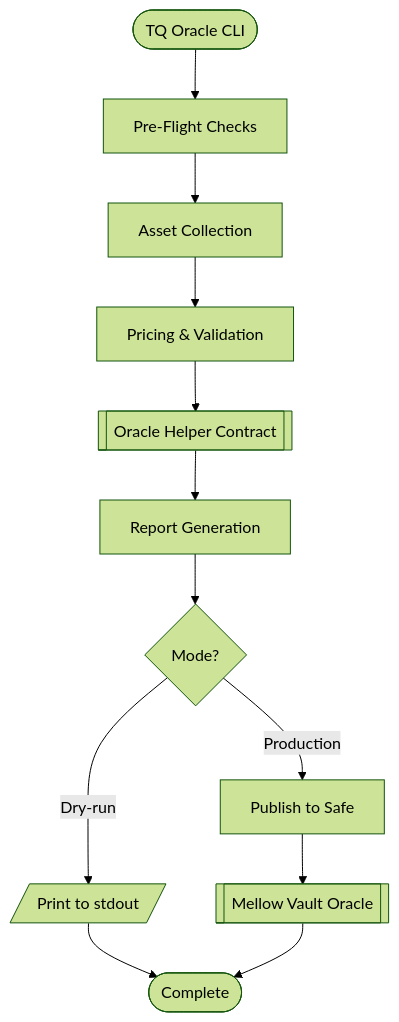
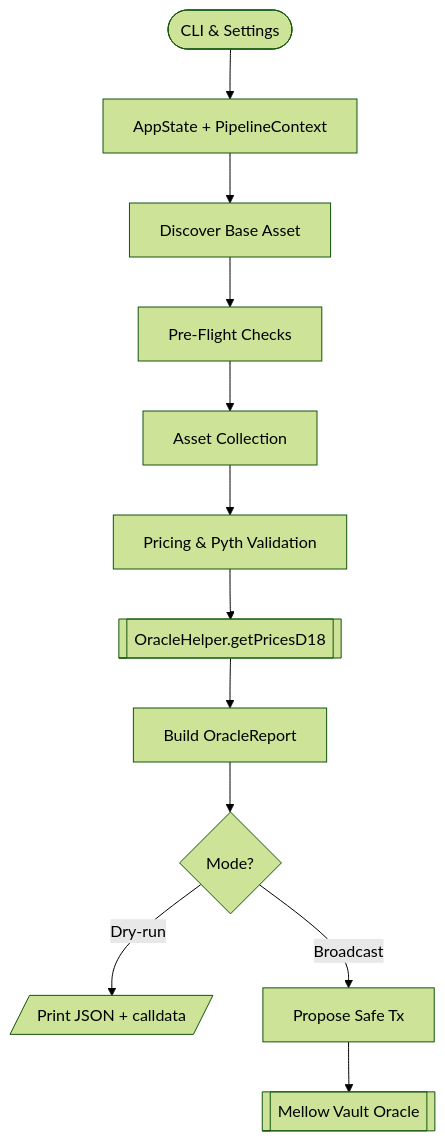
One commit to Moonsong-Labs/tq-oracle changed the first of 2 diagrams in ARCHITECTURE.md. Above: the diagram before and after it, drawn with Mermaid (forest theme). The commit also changed other lines of this file and 1 other file, not shown here.

````diff
--- a/ARCHITECTURE.md
+++ b/ARCHITECTURE.md
@@ -9,14 +9,14 @@
 ```mermaid
 flowchart TD
-    Start([TQ Oracle CLI]) --> Preflight[Pre-Flight Checks]
+    CLI([CLI & Settings]) --> Ctx[AppState + PipelineContext]
+    Ctx --> BaseAsset[Discover Base Asset]
+    BaseAsset --> Preflight[Pre-Flight Checks]
     Preflight --> Assets[Asset Collection]
-    Assets --> Pricing[Pricing & Validation]
-    Pricing --> OracleHelper[[Oracle Helper Contract]]
-    OracleHelper --> Report[Report Generation]
+    Assets --> Pricing[Pricing & Pyth Validation]
+    Pricing --> OracleHelper[[OracleHelper.getPricesD18]]
+    OracleHelper --> Report[Build OracleReport]
     Report --> Decision{Mode?}
-    Decision -->|Dry-run| Stdout[/Print to stdout/]
-    Decision -->|Production| Publish[Publish to Safe]
-    Publish --> Oracle[[Mellow Vault Oracle]]
-    Stdout --> End([Complete])
-    Oracle --> End
+    Decision -->|Dry-run| Stdout[/Print JSON + calldata/]
+    Decision -->|Broadcast| Safe[Propose Safe Tx]
+    Safe --> VaultOracle[[Mellow Vault Oracle]]
 ```
````
